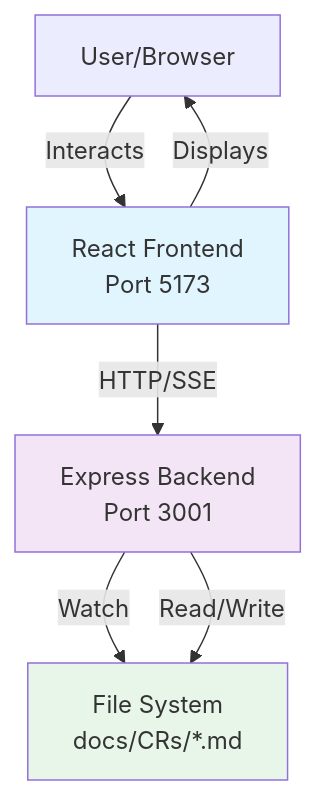
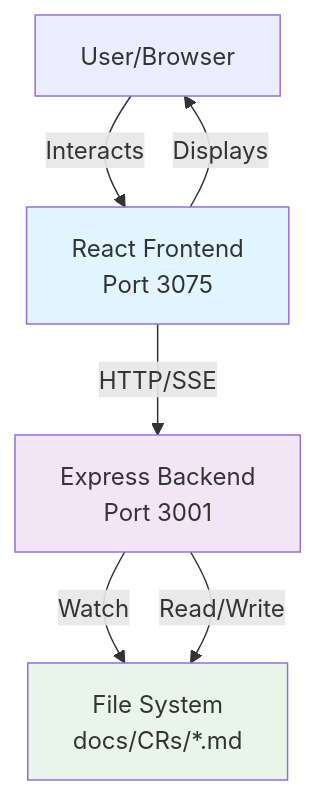
One commit to andkirby/markdown-ticket changed the first of 7 diagrams in docs/architecture/event-system/event-system-architecture.md. Above: the diagram before and after it, drawn with Mermaid. The commit also changed 2 other files, not shown here.

Commit message:
docs: align live docs to dev frontend port 3075
- shared/test-lib/{README,write-tests-guide}.md: dev servers 5173 -> 3075
  (test ports 6173/4001/4002 and backend 3001 unchanged)
- docs/architecture/event-system diagram: Port 5173 -> 3075

````diff
--- a/docs/architecture/event-system/event-system-architecture.md
+++ b/docs/architecture/event-system/event-system-architecture.md
@@ -28,17 +28,17 @@
 ```mermaid
 graph TB
     User[User/Browser]
-    Frontend[React Frontend<br/>Port 5173]
+    Frontend[React Frontend<br/>Port 3075]
     Backend[Express Backend<br/>Port 3001]
     FS[File System<br/>docs/CRs/*.md]
 
     User -->|Interacts| Frontend
     Frontend -->|HTTP/SSE| Backend
     Backend -->|Watch| FS
     Backend -->|Read/Write| FS
     Frontend -->|Displays| User
 
     style Frontend fill:#e1f5fe
     style Backend fill:#f3e5f5
     style FS fill:#e8f5e9
 ```
````
